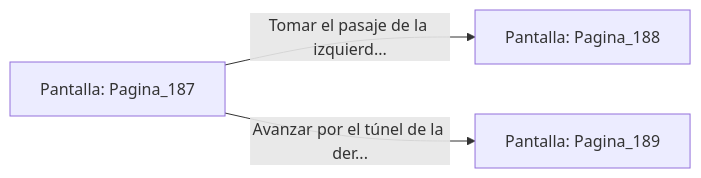
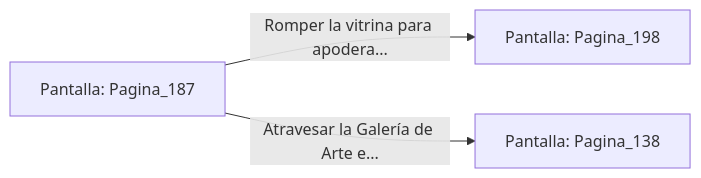
One commit to metsuke/mpl changed the diagram in sample/eligejuego-vault/Pantalla_Pagina_187.md. Above: the diagram before and after it, drawn with Mermaid. The commit also changed other lines of this file and 635 other files, not shown here.

First line of the commit message:
fix: añadir Pagina_1 como pantalla inicial en capitulo_01.mpl

````diff
--- a/sample/eligejuego-vault/Pantalla_Pagina_187.md
+++ b/sample/eligejuego-vault/Pantalla_Pagina_187.md
@@ -20,6 +24,6 @@
 ```mermaid
 graph LR
     P_Pagina_187["Pantalla: Pagina_187"]
-    P_Pagina_187 -->|"Tomar el pasaje de la izquierd..."| P_Pagina_188["Pantalla: Pagina_188"]
-    P_Pagina_187 -->|"Avanzar por el túnel de la der..."| P_Pagina_189["Pantalla: Pagina_189"]
+    P_Pagina_187 -->|"Romper la vitrina para apodera..."| P_Pagina_198["Pantalla: Pagina_198"]
+    P_Pagina_187 -->|"Atravesar la Galería de Arte e..."| P_Pagina_138["Pantalla: Pagina_138"]
 ```
````
